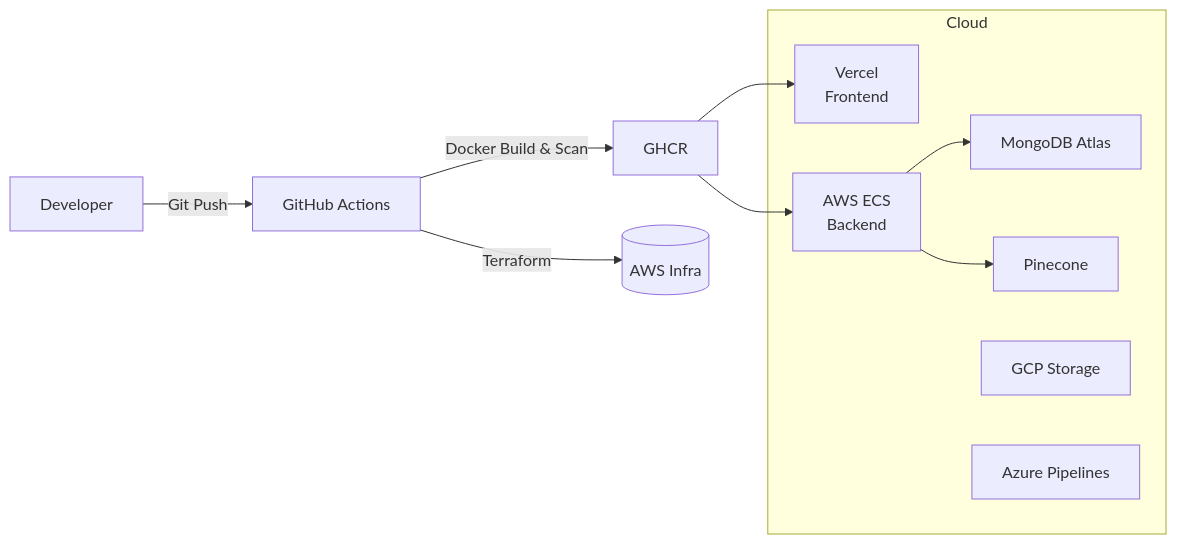
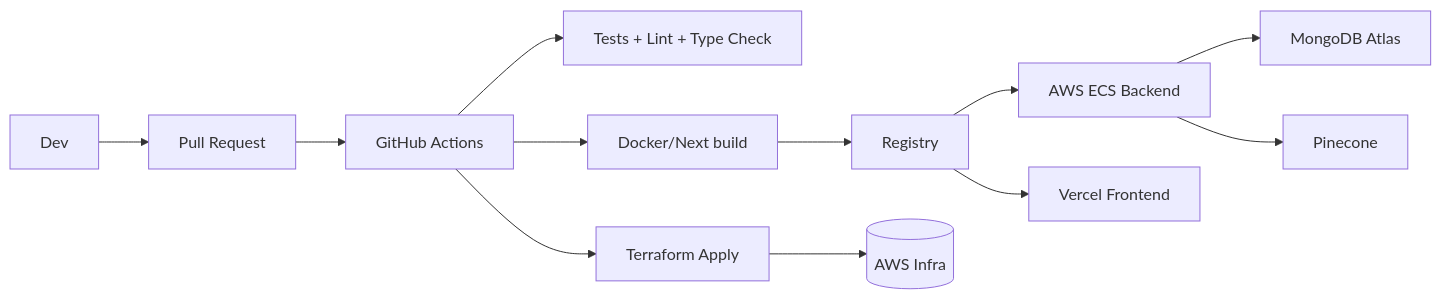
The tenth of 20 diagrams in ARCHITECTURE.md (joonseolee/EstateWise-Chapel-Hill-Chatbot), drawn with Mermaid before and after one commit. The commit also changed other lines of this file and 5 other files, not shown here.

Commit message:
feat(ui-api): enhance app UI and integrate Neo4j graph DB to app

````diff
--- a/ARCHITECTURE.md
+++ b/ARCHITECTURE.md
@@ -89,21 +237,14 @@
 ```mermaid
 flowchart LR
-    subgraph Cloud
-        Vercel[Vercel
-        Frontend]
-        ECS[AWS ECS
-        Backend]
-        Atlas[MongoDB Atlas]
-        PineconeSvc[Pinecone]
-        GCP[GCP Storage]
-        Azure[Azure Pipelines]
-    end
-    Dev[Developer]
-    Dev -->|Git Push| GH[GitHub Actions]
-    GH -->|Docker Build & Scan| Registry[GHCR]
-    Registry --> ECS
-    Registry --> Vercel
-    ECS --> Atlas
-    ECS --> PineconeSvc
-    GH -->|Terraform| AWS[(AWS Infra)]
+  Dev --> PR[Pull Request]
+  PR --> CI[GitHub Actions]
+  CI --> Test[Tests + Lint + Type Check]
+  CI --> Build[Docker/Next build]
+  Build --> GHCR[Registry]
+  GHCR --> ECS[AWS ECS Backend]
+  GHCR --> Vercel[Vercel Frontend]
+  ECS --> Atlas[MongoDB Atlas]
+  ECS --> PineconeSvc[Pinecone]
+  CI --> TF[Terraform Apply]
+  TF --> AWS[(AWS Infra)]
 ```
````
